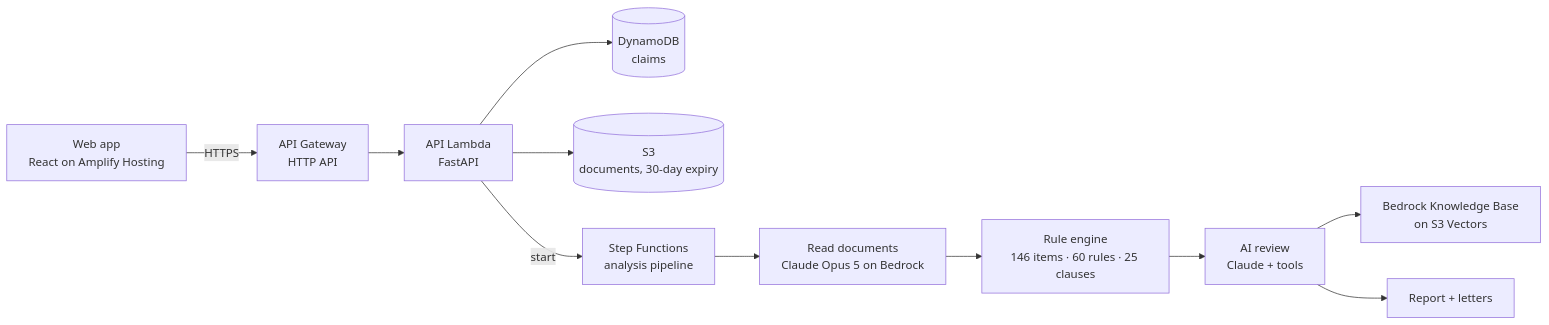
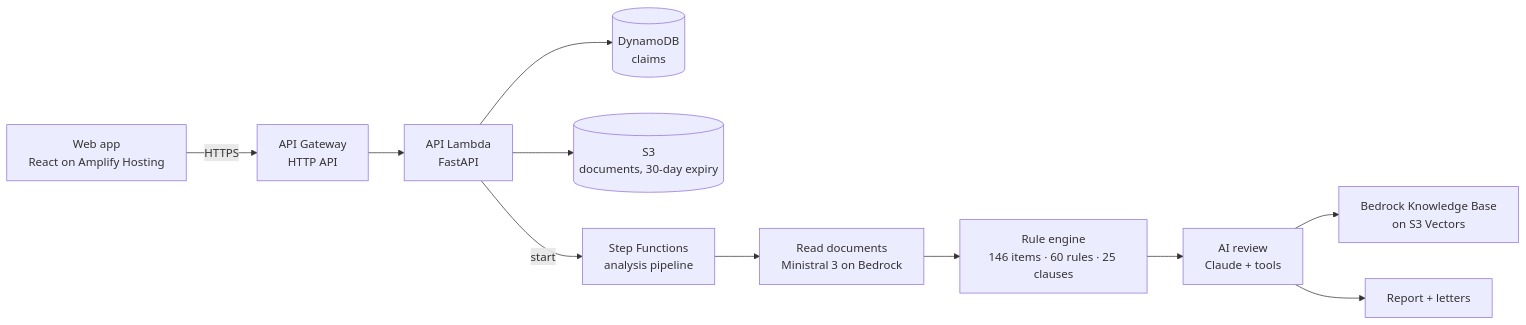
One commit to HitanshGithub/claimback changed the diagram in README.md. Above: the diagram before and after it, drawn with Mermaid. The commit also changed other lines of this file and 1 other file, not shown here.

````diff
--- a/README.md
+++ b/README.md
@@ -13,13 +13,13 @@
 ```mermaid
 flowchart LR
     U[Web app<br/>React on Amplify Hosting] -->|HTTPS| G[API Gateway<br/>HTTP API]
     G --> A[API Lambda<br/>FastAPI]
     A --> D[(DynamoDB<br/>claims)]
     A --> S[(S3<br/>documents, 30-day expiry)]
     A -->|start| SF[Step Functions<br/>analysis pipeline]
-    SF --> R[Read documents<br/>Claude Opus 5 on Bedrock]
+    SF --> R[Read documents<br/>Ministral 3 on Bedrock]
     R --> E[Rule engine<br/>146 items · 60 rules · 25 clauses]
     E --> V[AI review<br/>Claude + tools]
     V --> KB[Bedrock Knowledge Base<br/>on S3 Vectors]
     V --> W[Report + letters]
 ```
````
